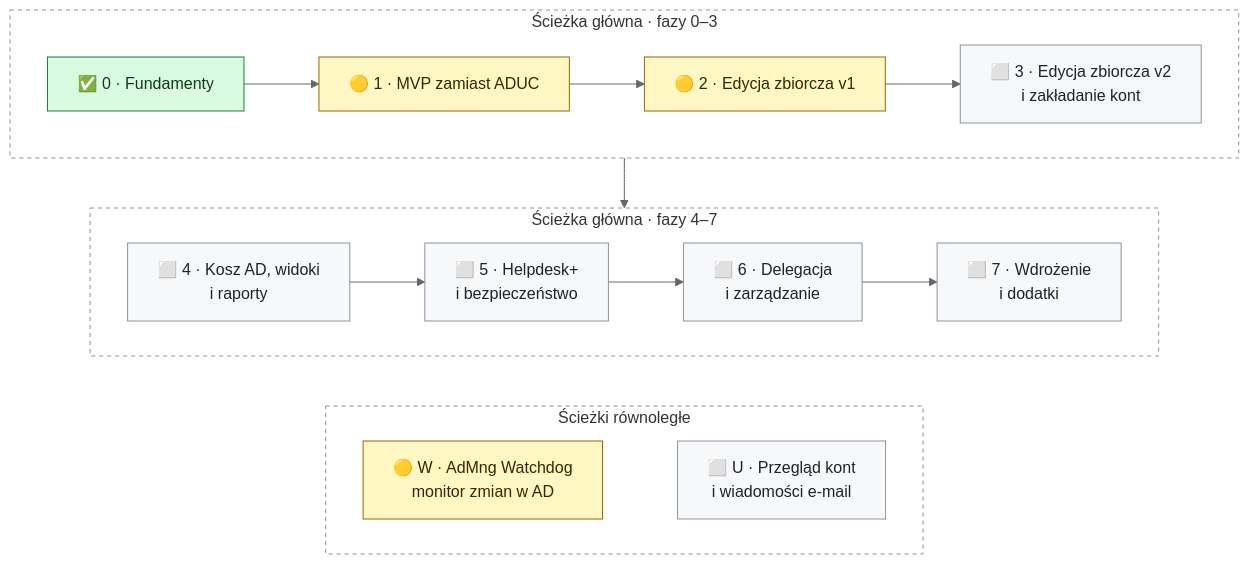
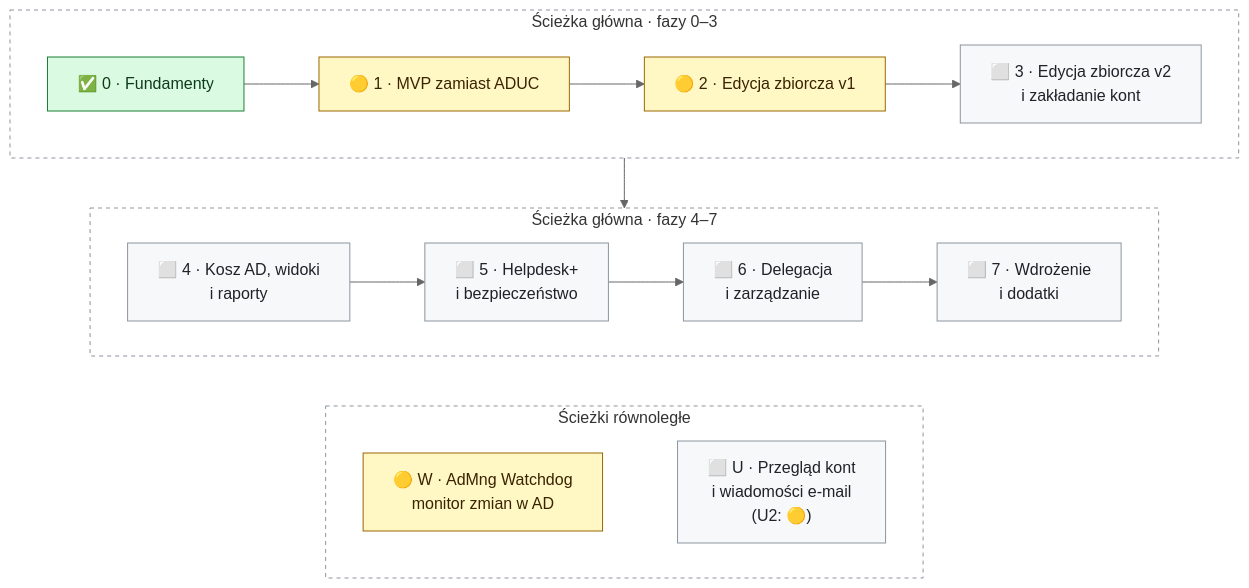
Before and after one commit to DarienRahl/AD_MNG: the diagram in README.md, drawn with Mermaid (neutral theme). The commit also changed other lines of this file and 6 other files, not shown here.

````diff
--- a/README.md
+++ b/README.md
@@ -159,26 +159,26 @@
 ```mermaid
 flowchart TB
     subgraph A["Ścieżka główna · fazy 0–3"]
         direction LR
         F0["✅ 0 · Fundamenty"] --> F1["🟡 1 · MVP zamiast ADUC"] --> F2["🟡 2 · Edycja zbiorcza v1"] --> F3["⬜ 3 · Edycja zbiorcza v2<br/>i zakładanie kont"]
     end
     subgraph B["Ścieżka główna · fazy 4–7"]
         direction LR
         F4["⬜ 4 · Kosz AD, widoki<br/>i raporty"] --> F5["⬜ 5 · Helpdesk+<br/>i bezpieczeństwo"] --> F6["⬜ 6 · Delegacja<br/>i zarządzanie"] --> F7["⬜ 7 · Wdrożenie<br/>i dodatki"]
     end
     subgraph C["Ścieżki równoległe"]
         direction LR
-        W["🟡 W · AdMng Watchdog<br/>monitor zmian w AD"] ~~~ U["⬜ U · Przegląd kont<br/>i wiadomości e-mail"]
+        W["🟡 W · AdMng Watchdog<br/>monitor zmian w AD"] ~~~ U["⬜ U · Przegląd kont<br/>i wiadomości e-mail<br/>(U2: 🟡)"]
     end
     A --> B
     B ~~~ C
     classDef done fill:#dafbe1,stroke:#1a7f37,color:#0d3a1a
     classDef wip fill:#fff8c5,stroke:#9a6700,color:#3b2300
     classDef todo fill:#f6f8fa,stroke:#8c959f,color:#1f2328
     class F0 done
     class F1,F2,W wip
     class F3,F4,F5,F6,F7,U todo
     style A fill:transparent,stroke:#8c959f,stroke-dasharray:4 4
     style B fill:transparent,stroke:#8c959f,stroke-dasharray:4 4
     style C fill:transparent,stroke:#8c959f,stroke-dasharray:4 4
 ```
````
